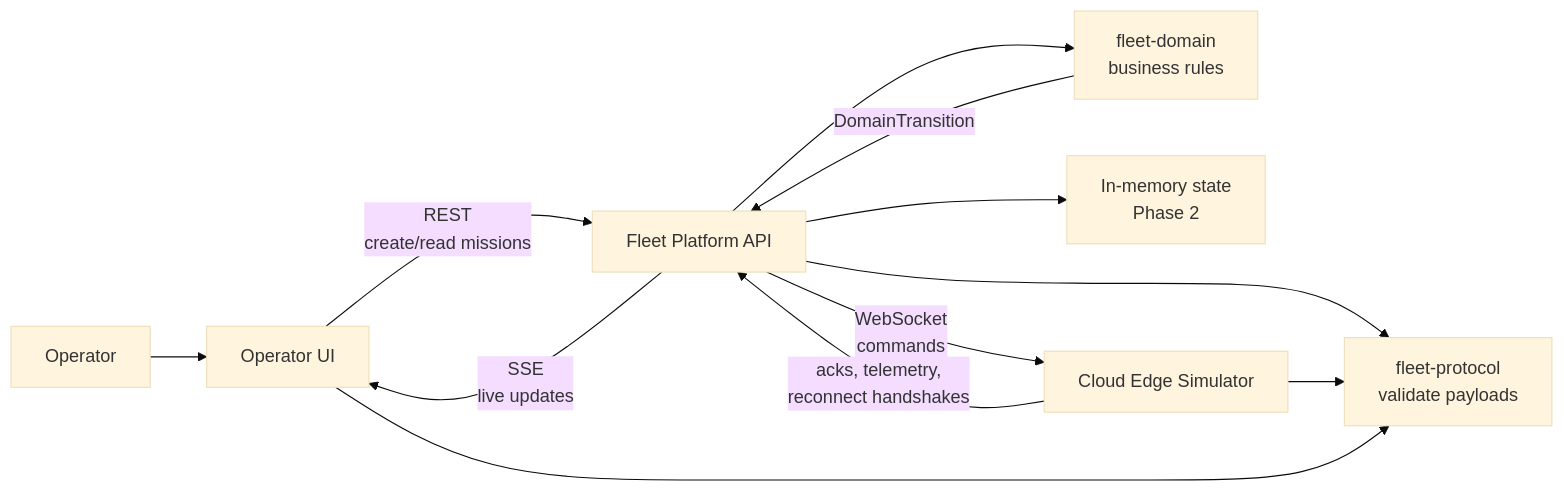
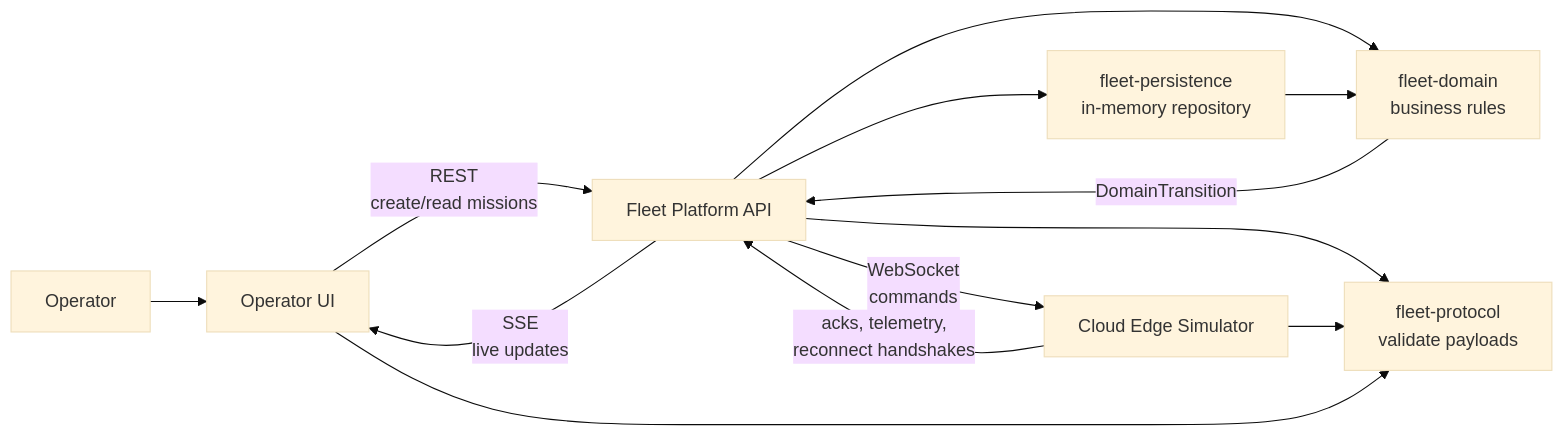
The second of 4 diagrams in docs/architecture/current-architecture.md (reinhard-z/RoboOps-Control-Plane), drawn with Mermaid (base theme) before and after one commit. The commit also changed other lines of this file and 10 other files, not shown here.

Commit message:
Introduce fleet persistence repository boundary

````diff
--- a/docs/architecture/current-architecture.md
+++ b/docs/architecture/current-architecture.md
@@ -67,17 +71,18 @@
 ```mermaid
 flowchart LR
   Operator["Operator"] --> UI["Operator UI"]
   UI -->|"REST<br/>create/read missions"| API["Fleet Platform API"]
   API -->|"SSE<br/>live updates"| UI
 
   API --> Domain["fleet-domain<br/>business rules"]
   Domain -->|"DomainTransition"| API
-  API --> Store["In-memory state<br/>Phase 2"]
+  API --> Store["fleet-persistence<br/>in-memory repository"]
 
   API -->|"WebSocket<br/>commands"| Edge["Cloud Edge Simulator"]
   Edge -->|"acks, telemetry,<br/>reconnect handshakes"| API
 
+  Store --> Domain
   API --> Protocol["fleet-protocol<br/>validate payloads"]
   Edge --> Protocol
   UI --> Protocol
 ```
````
